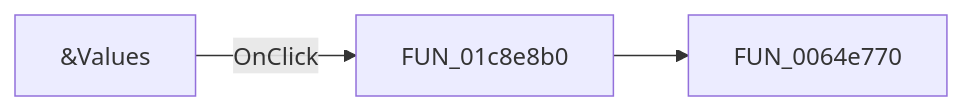
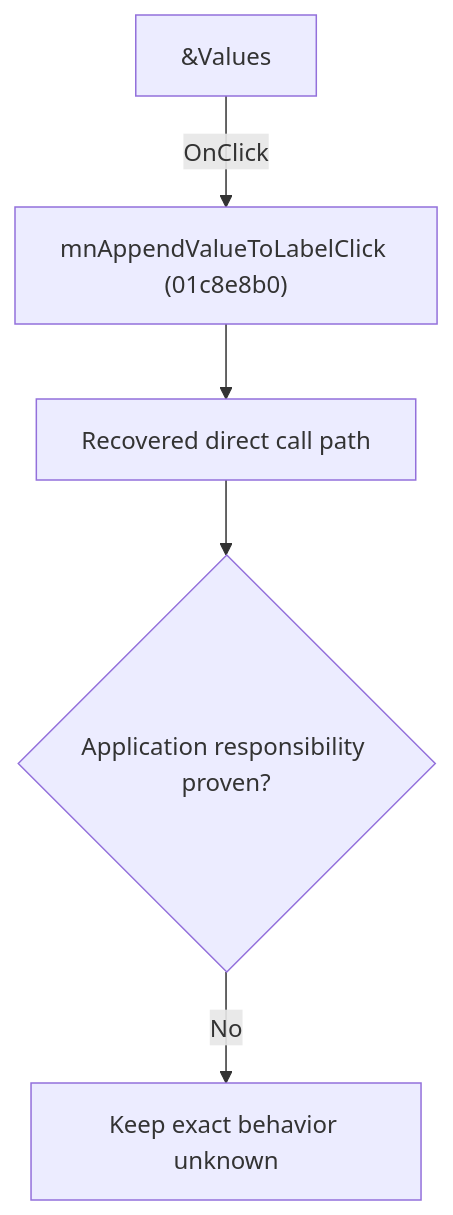
Before and after one commit to MovGP0/TIARA: the diagram in docs/ui-controls/schematiceditor/mnappendvaluetolabel-8589c531e8.md, drawn with Mermaid. The commit also changed other lines of this file and 1062 other files, not shown here.

````diff
--- a/docs/ui-controls/schematiceditor/mnappendvaluetolabel-8589c531e8.md
+++ b/docs/ui-controls/schematiceditor/mnappendvaluetolabel-8589c531e8.md
@@ -27,5 +27,7 @@
 ```mermaid
-flowchart LR
-    control["&Values"] -->|OnClick| handler["FUN_01c8e8b0"]
-    handler --> call1["FUN_0064e770"]
+flowchart TD
+    control["&Values"] -->|"OnClick"| handler["mnAppendValueToLabelClick (01c8e8b0)"]
+    handler --> recovered["Recovered direct call path"]
+    recovered --> gap{"Application responsibility proven?"}
+    gap -->|"No"| blocked["Keep exact behavior unknown"]
 ```
````
